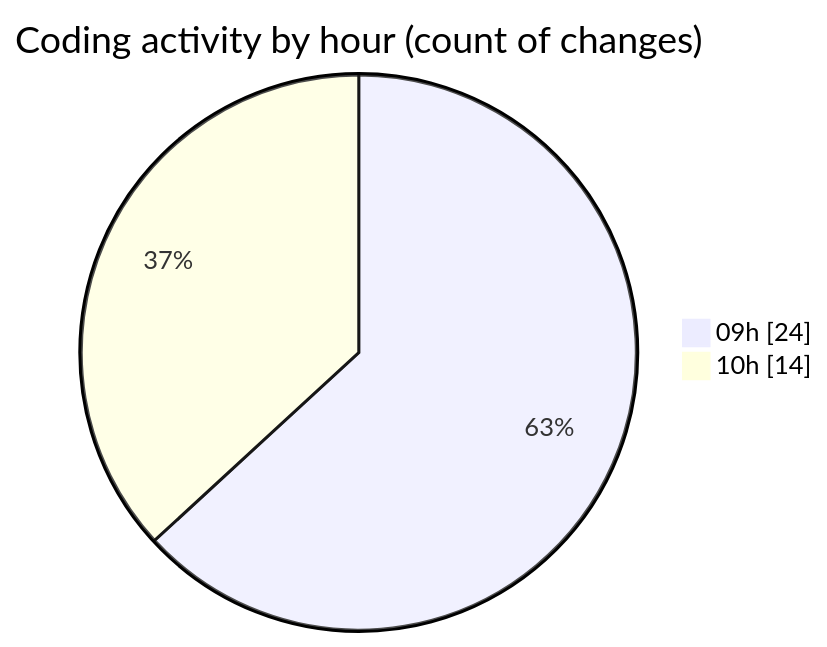
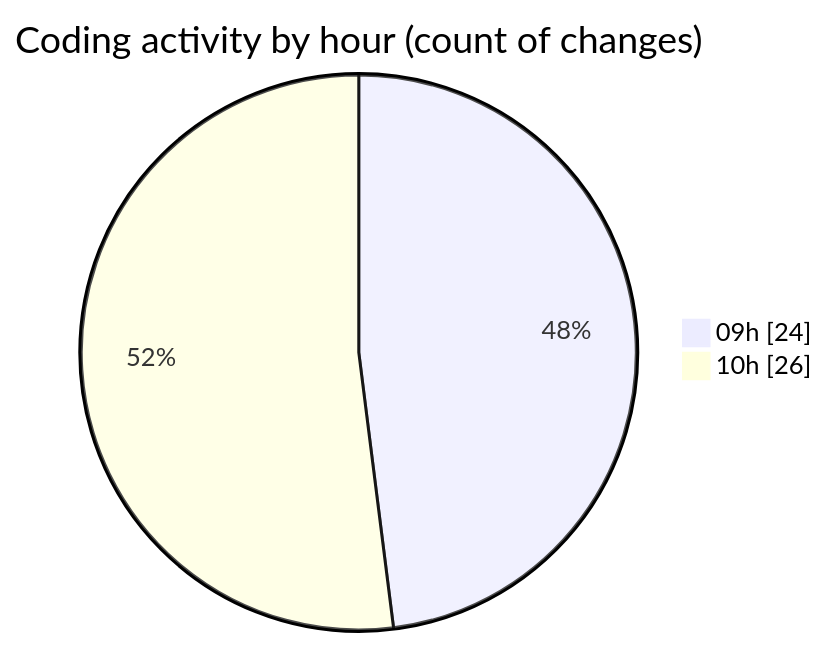
Before and after one commit to momahboobian/code-tracking: the second of 2 diagrams in 2025-10-07/cda/README.md, drawn with Mermaid. The commit also changed other lines of this file and 1 other file, not shown here.

````diff
--- a/2025-10-07/cda/README.md
+++ b/2025-10-07/cda/README.md
@@ -35,6 +35,6 @@
 ```mermaid
 pie showData
 title Coding activity by hour (count of changes)
 "09h" : 24
-"10h" : 14
+"10h" : 26
 ```
````
